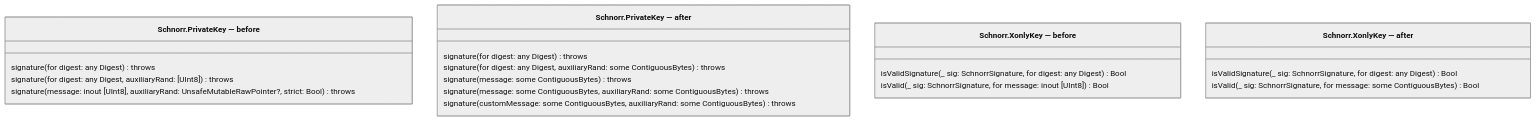
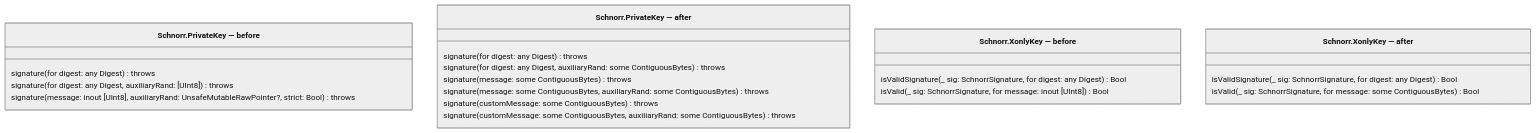
The first of 7 diagrams in Development/Specs/004-audit-hardening/plan.md (21-DOT-DEV/swift-secp256k1), drawn with Mermaid (neutral theme) before and after one commit. The commit also changed other lines of this file and 6 other files, not shown here.

````diff
--- a/Development/Specs/004-audit-hardening/plan.md
+++ b/Development/Specs/004-audit-hardening/plan.md
@@ -191,23 +192,24 @@
 ```mermaid
 classDiagram
     class `Schnorr.PrivateKey — before` {
         signature(for digest: any Digest) throws
         signature(for digest: any Digest, auxiliaryRand: [UInt8]) throws
         signature(message: inout [UInt8], auxiliaryRand: UnsafeMutableRawPointer?, strict: Bool) throws
     }
     class `Schnorr.PrivateKey — after` {
         signature(for digest: any Digest) throws
         signature(for digest: any Digest, auxiliaryRand: some ContiguousBytes) throws
         signature(message: some ContiguousBytes) throws
         signature(message: some ContiguousBytes, auxiliaryRand: some ContiguousBytes) throws
+        signature(customMessage: some ContiguousBytes) throws
         signature(customMessage: some ContiguousBytes, auxiliaryRand: some ContiguousBytes) throws
     }
     class `Schnorr.XonlyKey — before` {
         isValidSignature(_ sig: SchnorrSignature, for digest: any Digest) Bool
         isValid(_ sig: SchnorrSignature, for message: inout [UInt8]) Bool
     }
     class `Schnorr.XonlyKey — after` {
         isValidSignature(_ sig: SchnorrSignature, for digest: any Digest) Bool
         isValid(_ sig: SchnorrSignature, for message: some ContiguousBytes) Bool
     }
 ```
````
